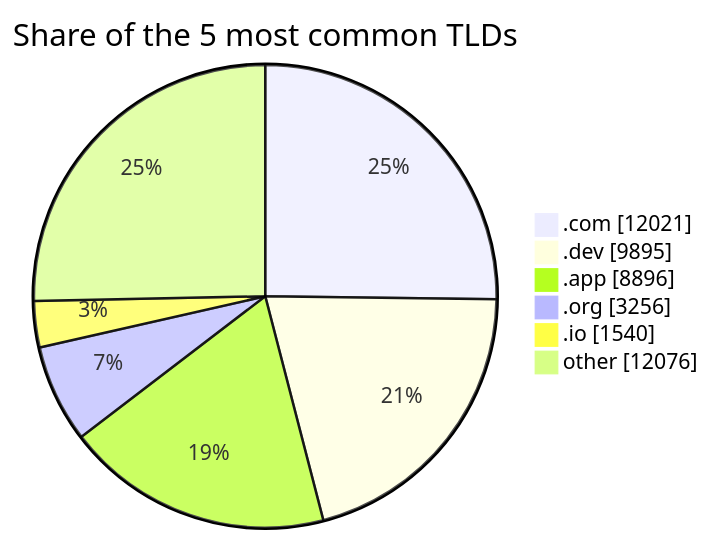
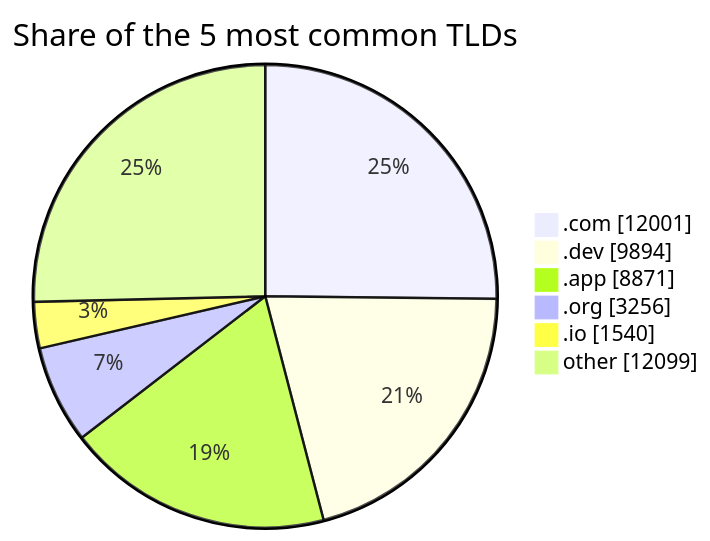
One commit to DNSBunker/CTI changed the third of 3 diagrams in README.md. Above: the diagram before and after it, drawn with Mermaid. The commit also changed other lines of this file and 3 other files, not shown here.

````diff
--- a/README.md
+++ b/README.md
@@ -81,9 +81,9 @@
 ```mermaid
 pie showData title Share of the 5 most common TLDs
-    ".com" : 12021
-    ".dev" : 9895
-    ".app" : 8896
+    ".com" : 12001
+    ".dev" : 9894
+    ".app" : 8871
     ".org" : 3256
     ".io" : 1540
-    "other" : 12076
+    "other" : 12099
 ```
````
